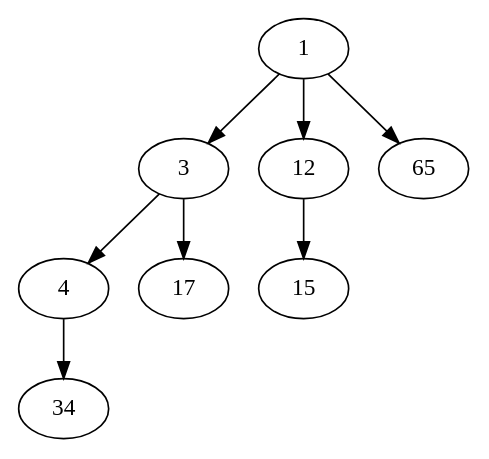
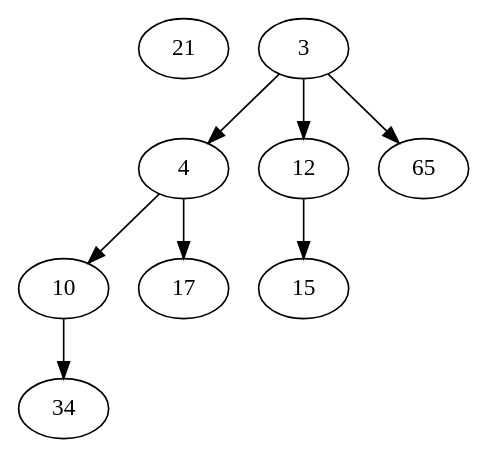
The diagram in AED CHRISTIAN/Binomial Heap/BinomialHeap/Chris_Heap.dot (ChrisChV/Semestre4), drawn with Graphviz before and after one commit. The commit also changed 31 other files, not shown here.

```diff
--- a/AED CHRISTIAN/Binomial Heap/BinomialHeap/Chris_Heap.dot
+++ b/AED CHRISTIAN/Binomial Heap/BinomialHeap/Chris_Heap.dot
@@ -1,9 +1,10 @@
 digraph{
-1->3
-1->12
-1->65
+21
+3->4
+3->12
+3->65
 12->15
-3->4
-3->17
-4->34
+4->10
+4->17
+10->34
 }
```
